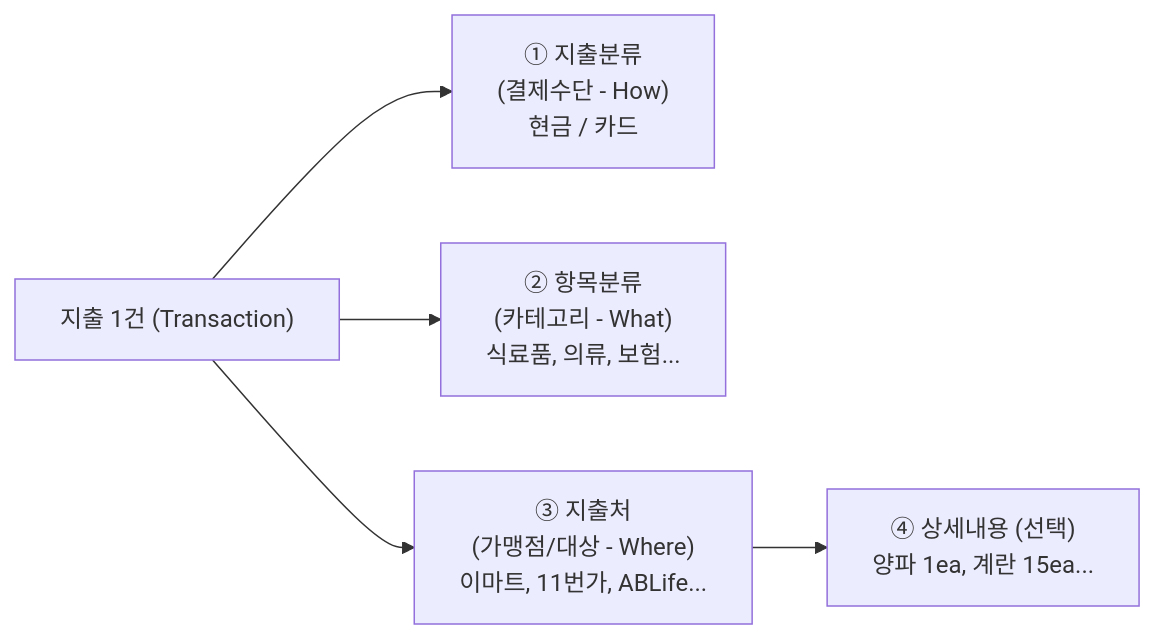
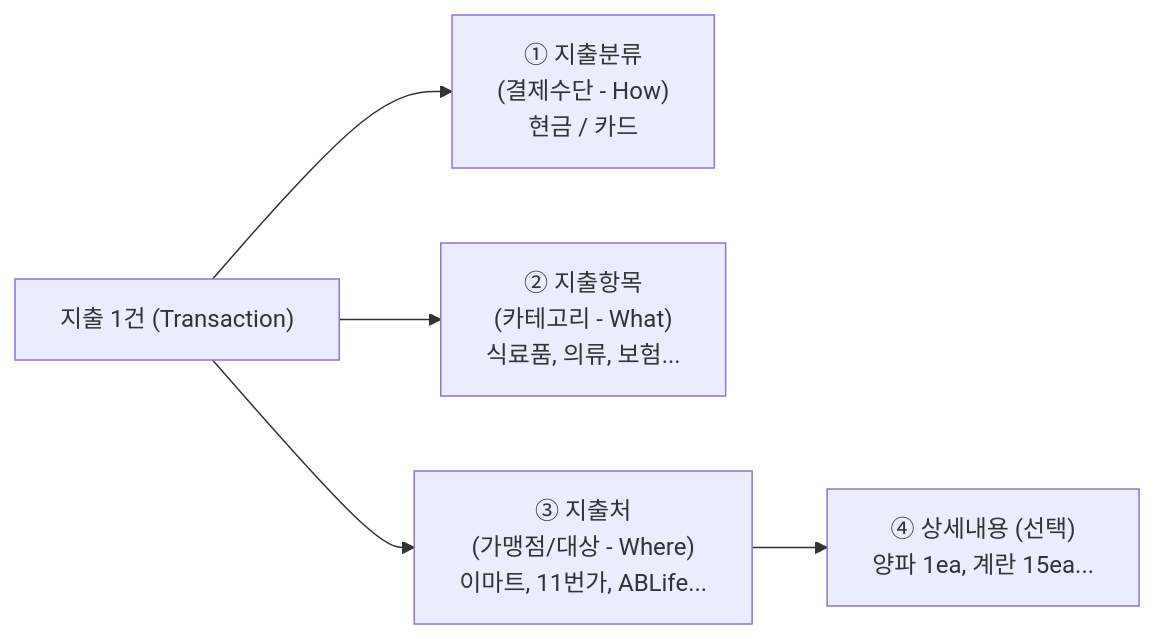
One commit to tigrelli/account-books changed the second of 18 diagrams in docs/가계부_아키텍처_설계.md. Above: the diagram before and after it, drawn with Mermaid. The commit also changed other lines of this file and 8 other files, not shown here.

````diff
--- a/docs/가계부_아키텍처_설계.md
+++ b/docs/가계부_아키텍처_설계.md
@@ -81,8 +81,8 @@
 ```mermaid
 graph LR
     TX["지출 1건 (Transaction)"]
     TX --> A["① 지출분류<br/>(결제수단 - How)<br/>현금 / 카드"]
-    TX --> B["② 항목분류<br/>(카테고리 - What)<br/>식료품, 의류, 보험..."]
+    TX --> B["② 지출항목<br/>(카테고리 - What)<br/>식료품, 의류, 보험..."]
     TX --> C["③ 지출처<br/>(가맹점/대상 - Where)<br/>이마트, 11번가, ABLife..."]
     C --> D["④ 상세내용 (선택)<br/>양파 1ea, 계란 15ea..."]
 ```
````
